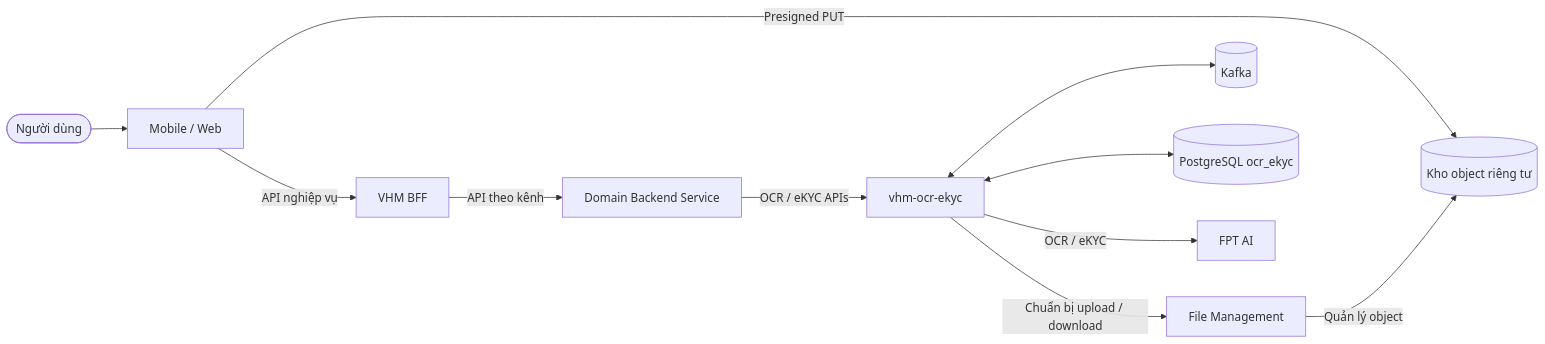
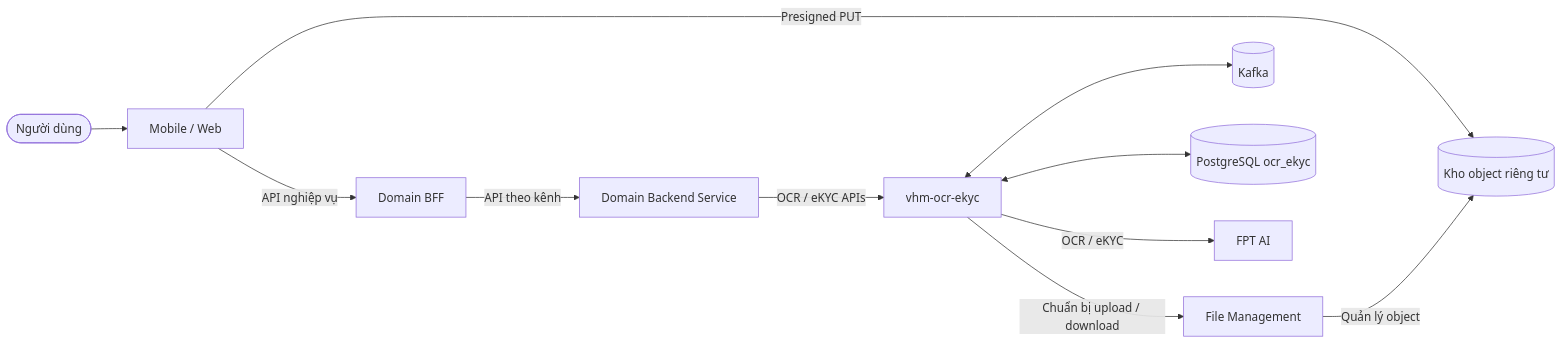
The first of 12 diagrams in tdd-ocr-ekyc.md (huynv-xyz/vhm), drawn with Mermaid before and after one commit. The commit also changed other lines of this file, not shown here.

````diff
--- a/tdd-ocr-ekyc.md
+++ b/tdd-ocr-ekyc.md
@@ -204,24 +204,24 @@
 ```mermaid
 flowchart LR
     USER([Người dùng])
     APP[Mobile / Web]
-    BFF[VHM BFF]
+    BFF[Domain BFF]
     DOMAIN[Domain Backend Service]
     OCR[vhm-ocr-ekyc]
     FILE[File Management]
     STORE[(Kho object riêng tư)]
     KAFKA[(Kafka)]
     DB[(PostgreSQL ocr_ekyc)]
     FPT[FPT AI]
 
     USER --> APP
     APP -->|API nghiệp vụ| BFF
     APP -->|Presigned PUT| STORE
     BFF -->|API theo kênh| DOMAIN
     DOMAIN -->|OCR / eKYC APIs| OCR
     OCR -->|Chuẩn bị upload / download| FILE
     FILE -->|Quản lý object| STORE
     OCR <--> DB
     OCR <--> KAFKA
     OCR -->|OCR / eKYC| FPT
 ```
````
